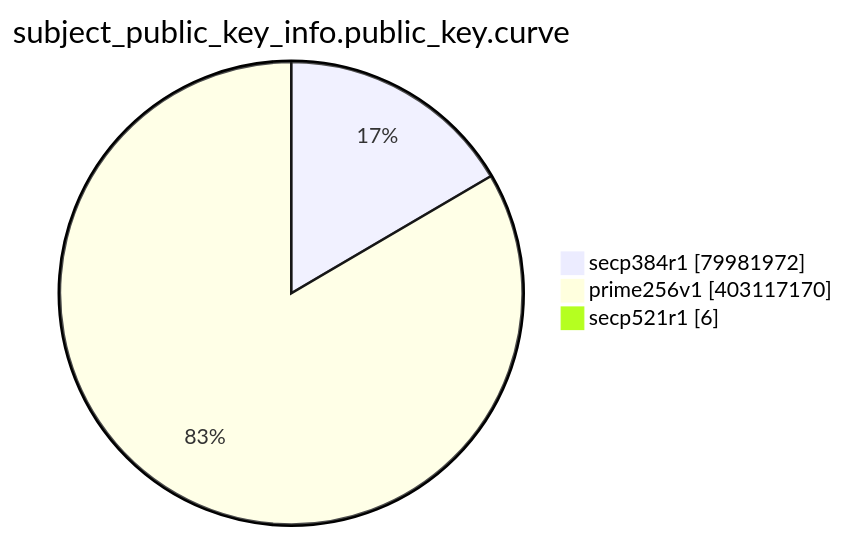
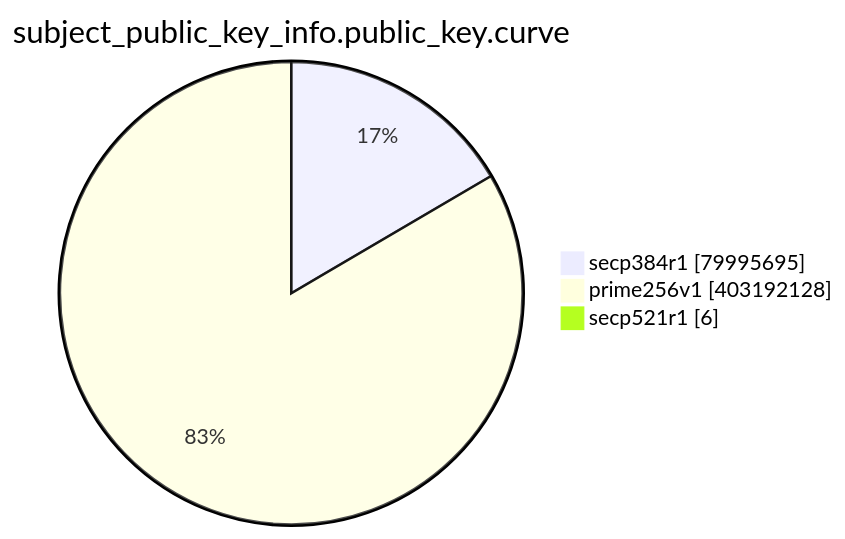
One commit to christiankrug/ctmonitor_visualization changed the eighth of 15 diagrams in TOTAL/README.md. Above: the diagram before and after it, drawn with Mermaid. The commit also changed other lines of this file, not shown here.

````diff
--- a/TOTAL/README.md
+++ b/TOTAL/README.md
@@ -3095,7 +3095,7 @@
 ```mermaid
 pie showData
 title subject_public_key_info.public_key.curve
-"secp384r1" :79981972
-"prime256v1" :403117170
+"secp384r1" :79995695
+"prime256v1" :403192128
 "secp521r1" :6
 ```
````
